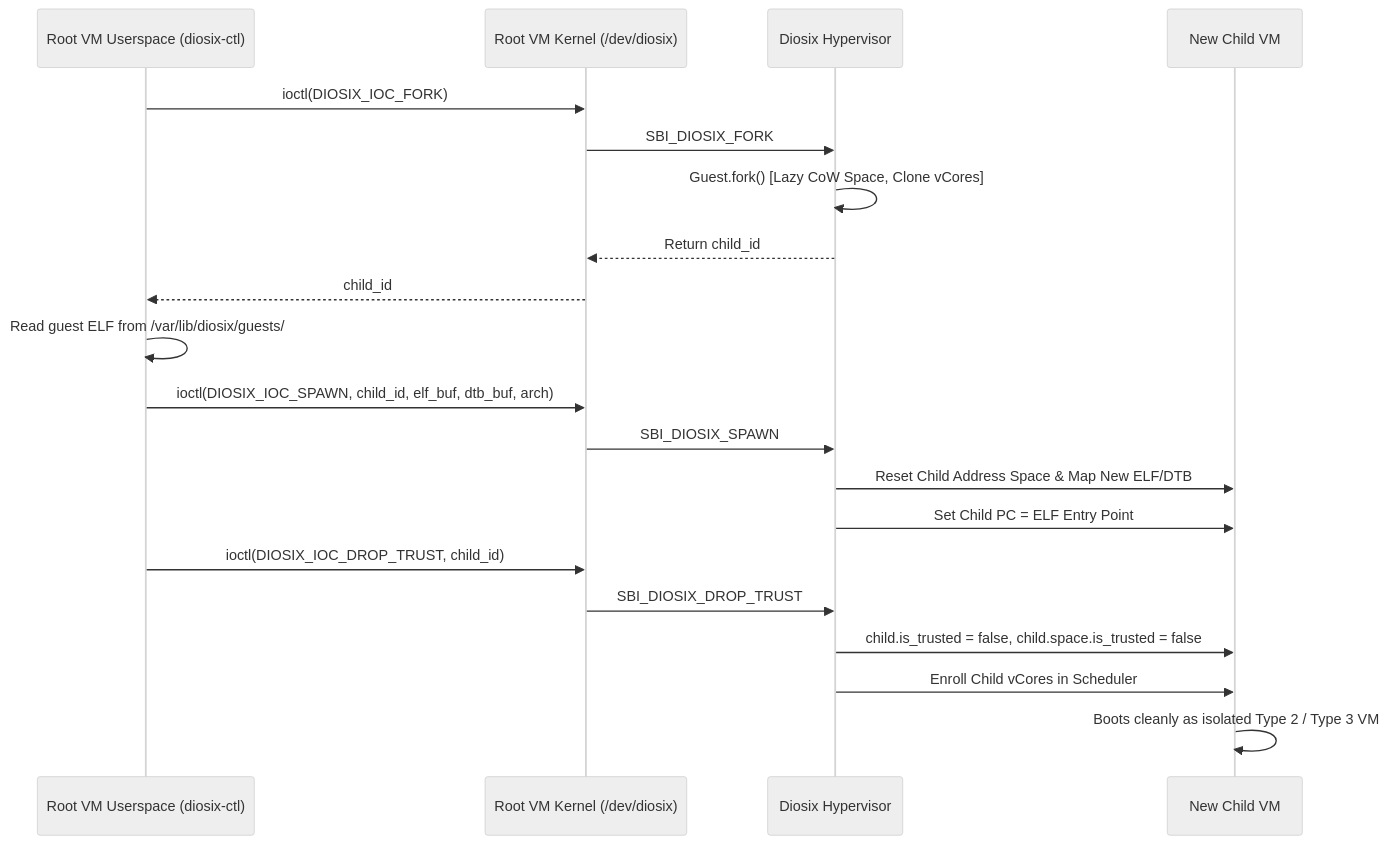
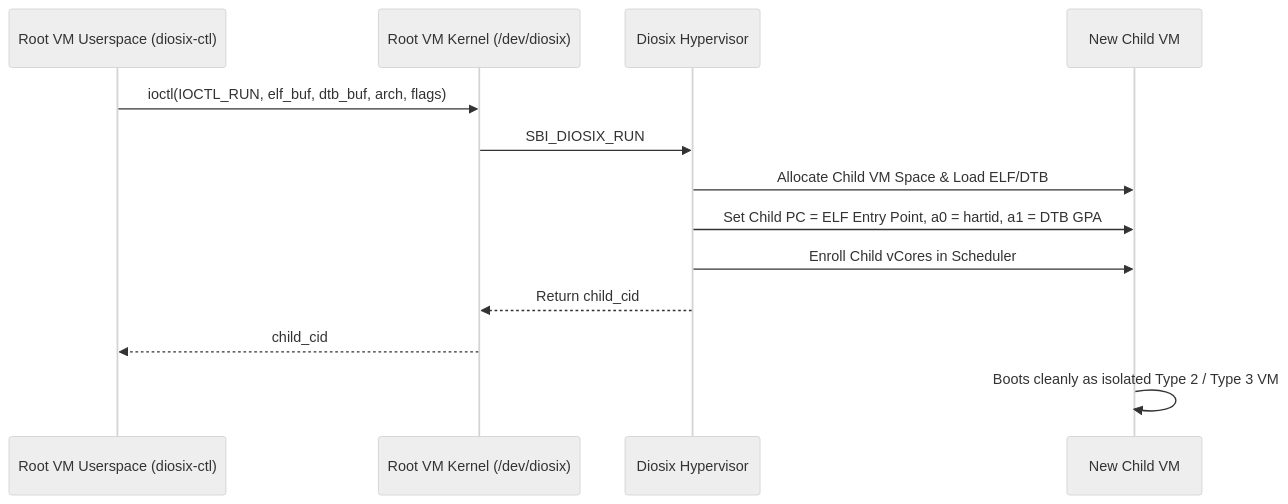
The second of 2 diagrams in docs/guest-virtualization-plan.md (diodesign/diosix), drawn with Mermaid (neutral theme) before and after one commit. The commit also changed other lines of this file and 60 other files, not shown here.

````diff
--- a/docs/guest-virtualization-plan.md
+++ b/docs/guest-virtualization-plan.md
@@ -194,25 +190,16 @@
 ```mermaid
 sequenceDiagram
     participant User as Root VM Userspace (diosix-ctl)
     participant Kernel as Root VM Kernel (/dev/diosix)
     participant Hyp as Diosix Hypervisor
     participant Child as New Child VM
 
-    User->>Kernel: ioctl(DIOSIX_IOC_FORK)
-    Kernel->>Hyp: SBI_DIOSIX_FORK
-    Hyp->>Hyp: Guest.fork() [Lazy CoW Space, Clone vCores]
-    Hyp-->>Kernel: Return child_id
-    Kernel-->>User: child_id
-
-    User->>User: Read guest ELF from /var/lib/diosix/guests/
-    User->>Kernel: ioctl(DIOSIX_IOC_SPAWN, child_id, elf_buf, dtb_buf, arch)
-    Kernel->>Hyp: SBI_DIOSIX_SPAWN
-    Hyp->>Child: Reset Child Address Space & Map New ELF/DTB
-    Hyp->>Child: Set Child PC = ELF Entry Point
-    
-    User->>Kernel: ioctl(DIOSIX_IOC_DROP_TRUST, child_id)
-    Kernel->>Hyp: SBI_DIOSIX_DROP_TRUST
-    Hyp->>Child: child.is_trusted = false, child.space.is_trusted = false
+    User->>Kernel: ioctl(IOCTL_RUN, elf_buf, dtb_buf, arch, flags)
+    Kernel->>Hyp: SBI_DIOSIX_RUN
+    Hyp->>Child: Allocate Child VM Space & Load ELF/DTB
+    Hyp->>Child: Set Child PC = ELF Entry Point, a0 = hartid, a1 = DTB GPA
     Hyp->>Child: Enroll Child vCores in Scheduler
+    Hyp-->>Kernel: Return child_cid
+    Kernel-->>User: child_cid
     Child->>Child: Boots cleanly as isolated Type 2 / Type 3 VM
 ```
````
